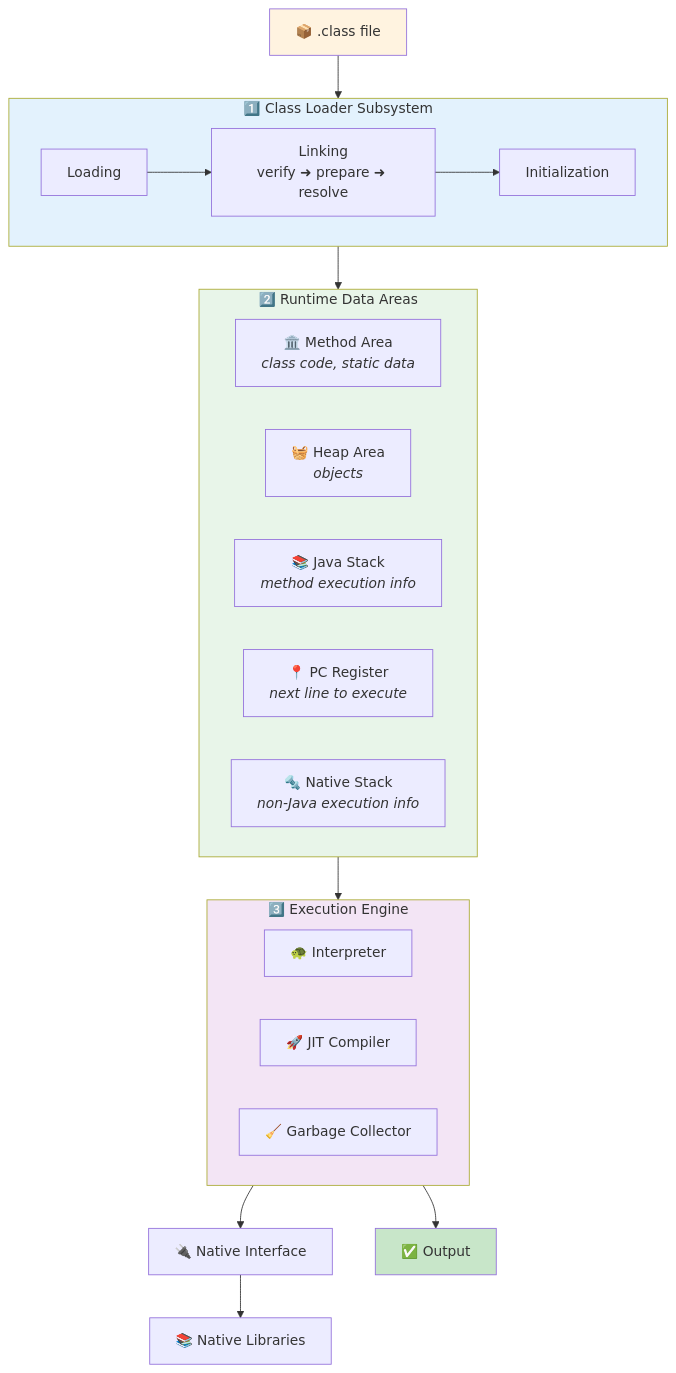
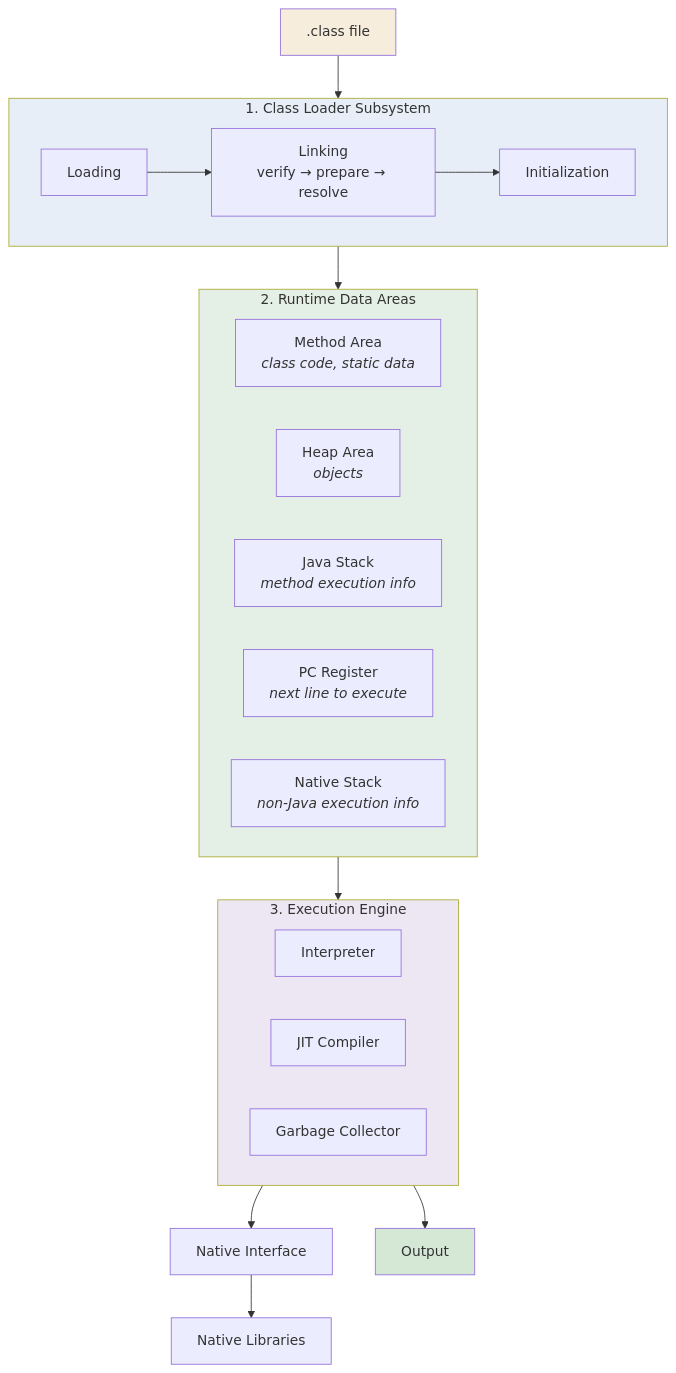
One commit to kundankumarsharma56/Leaning-Java changed the first of 2 diagrams in src/Theory/01-Java-Introduction-and-Setup/10-JVM-Architecture.md. Above: the diagram before and after it, drawn with Mermaid. The commit also changed other lines of this file and 84 other files, not shown here.

````diff
--- a/src/Theory/01-Java-Introduction-and-Setup/10-JVM-Architecture.md
+++ b/src/Theory/01-Java-Introduction-and-Setup/10-JVM-Architecture.md
@@ -21,35 +21,35 @@
 ```mermaid
 flowchart TD
-    CF["📦 .class file"] --> CL
+    CF[".class file"] --> CL
 
-    subgraph CL["1️⃣ Class Loader Subsystem"]
-        L["Loading"] --> LK["Linking<br/>verify ➜ prepare ➜ resolve"] --> IN["Initialization"]
+    subgraph CL["1. Class Loader Subsystem"]
+        L["Loading"] --> LK["Linking<br/>verify → prepare → resolve"] --> IN["Initialization"]
     end
 
     CL --> RDA
 
-    subgraph RDA["2️⃣ Runtime Data Areas"]
-        MA["🏛️ Method Area<br/><i>class code, static data</i>"]
-        HP["🧺 Heap Area<br/><i>objects</i>"]
-        JS["📚 Java Stack<br/><i>method execution info</i>"]
-        PC["📍 PC Register<br/><i>next line to execute</i>"]
-        NS["🔩 Native Stack<br/><i>non-Java execution info</i>"]
+    subgraph RDA["2. Runtime Data Areas"]
+        MA["Method Area<br/><i>class code, static data</i>"]
+        HP["Heap Area<br/><i>objects</i>"]
+        JS["Java Stack<br/><i>method execution info</i>"]
+        PC["PC Register<br/><i>next line to execute</i>"]
+        NS["Native Stack<br/><i>non-Java execution info</i>"]
     end
 
     RDA --> EE
 
-    subgraph EE["3️⃣ Execution Engine"]
-        IT["🐢 Interpreter"]
-        JIT["🚀 JIT Compiler"]
-        GC["🧹 Garbage Collector"]
+    subgraph EE["3. Execution Engine"]
+        IT["Interpreter"]
+        JIT["JIT Compiler"]
+        GC["Garbage Collector"]
     end
 
-    EE --> NI["🔌 Native Interface"] --> NL["📚 Native Libraries"]
-    EE --> OUT["✅ Output"]
+    EE --> NI["Native Interface"] --> NL["Native Libraries"]
+    EE --> OUT["Output"]
 
-    style CF fill:#fff3e0
-    style CL fill:#e3f2fd
-    style RDA fill:#e8f5e9
-    style EE fill:#f3e5f5
-    style OUT fill:#c8e6c9
+    style CF fill:#f7eddd
+    style CL fill:#e7eef7
+    style RDA fill:#e4efe6
+    style EE fill:#ede7f4
+    style OUT fill:#d5e8d6
 ```
````
